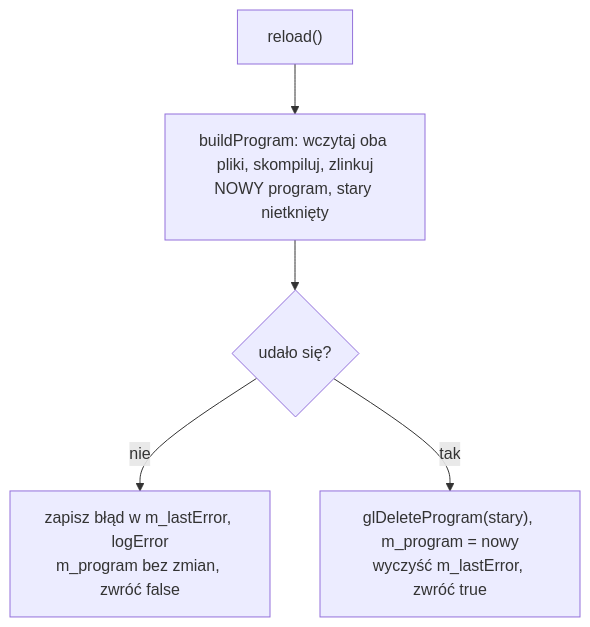
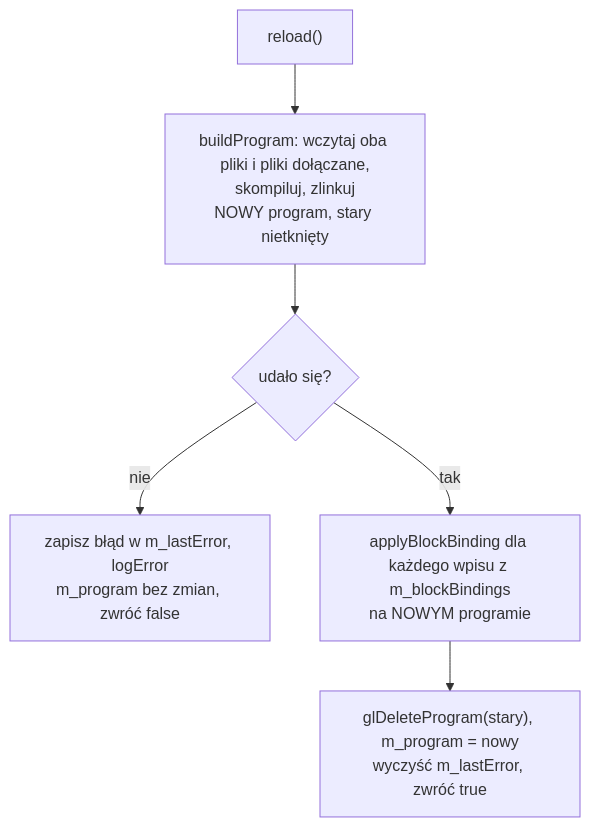
One commit to Shironex/night-maze changed the first of 3 diagrams in docs/modules/gfx/shader-hot-reload.md. Above: the diagram before and after it, drawn with Mermaid. The commit also changed other lines of this file and 52 other files, not shown here.

````diff
--- a/docs/modules/gfx/shader-hot-reload.md
+++ b/docs/modules/gfx/shader-hot-reload.md
@@ -27,7 +29,8 @@
 ```mermaid
 flowchart TD
-    Start["reload()"] --> Build["buildProgram: wczytaj oba pliki, skompiluj, zlinkuj<br/>NOWY program, stary nietknięty"]
+    Start["reload()"] --> Build["buildProgram: wczytaj oba pliki i pliki dołączane,<br/>skompiluj, zlinkuj<br/>NOWY program, stary nietknięty"]
     Build --> Ok{"udało się?"}
     Ok -- nie --> Keep["zapisz błąd w m_lastError, logError<br/>m_program bez zmian, zwróć false"]
-    Ok -- tak --> Swap["glDeleteProgram(stary), m_program = nowy<br/>wyczyść m_lastError, zwróć true"]
+    Ok -- tak --> Bind["applyBlockBinding dla każdego wpisu z m_blockBindings<br/>na NOWYM programie"]
+    Bind --> Swap["glDeleteProgram(stary), m_program = nowy<br/>wyczyść m_lastError, zwróć true"]
 ```
````
